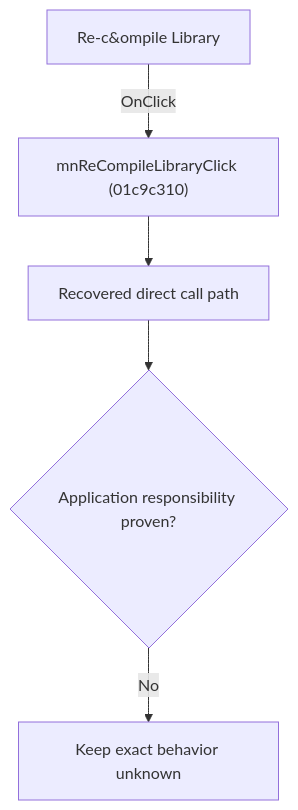
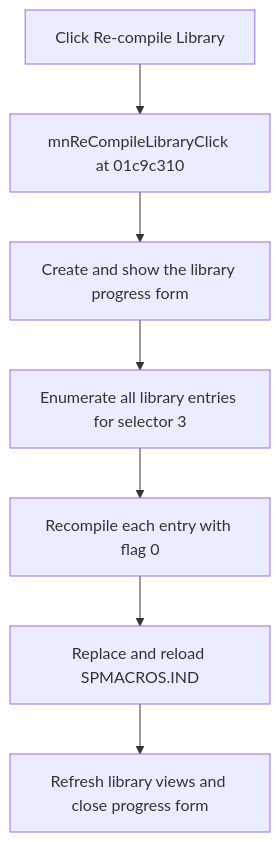
The diagram in docs/ui-controls/schematiceditor/mnrecompilelibrary-0f28a8c556.md (MovGP0/TIARA), drawn with Mermaid before and after one commit. The commit also changed other lines of this file and 241 other files, not shown here.

````diff
--- a/docs/ui-controls/schematiceditor/mnrecompilelibrary-0f28a8c556.md
+++ b/docs/ui-controls/schematiceditor/mnrecompilelibrary-0f28a8c556.md
@@ -27,7 +27,9 @@
 ```mermaid
 flowchart TD
-    control["Re-c&ompile Library"] -->|"OnClick"| handler["mnReCompileLibraryClick (01c9c310)"]
-    handler --> recovered["Recovered direct call path"]
-    recovered --> gap{"Application responsibility proven?"}
-    gap -->|"No"| blocked["Keep exact behavior unknown"]
+    control["Click Re-compile Library"] --> handler["mnReCompileLibraryClick at 01c9c310"]
+    handler --> progress["Create and show the library progress form"]
+    progress --> entries["Enumerate all library entries for selector 3"]
+    entries --> compile["Recompile each entry with flag 0"]
+    compile --> index["Replace and reload SPMACROS.IND"]
+    index --> refresh["Refresh library views and close progress form"]
 ```
````
